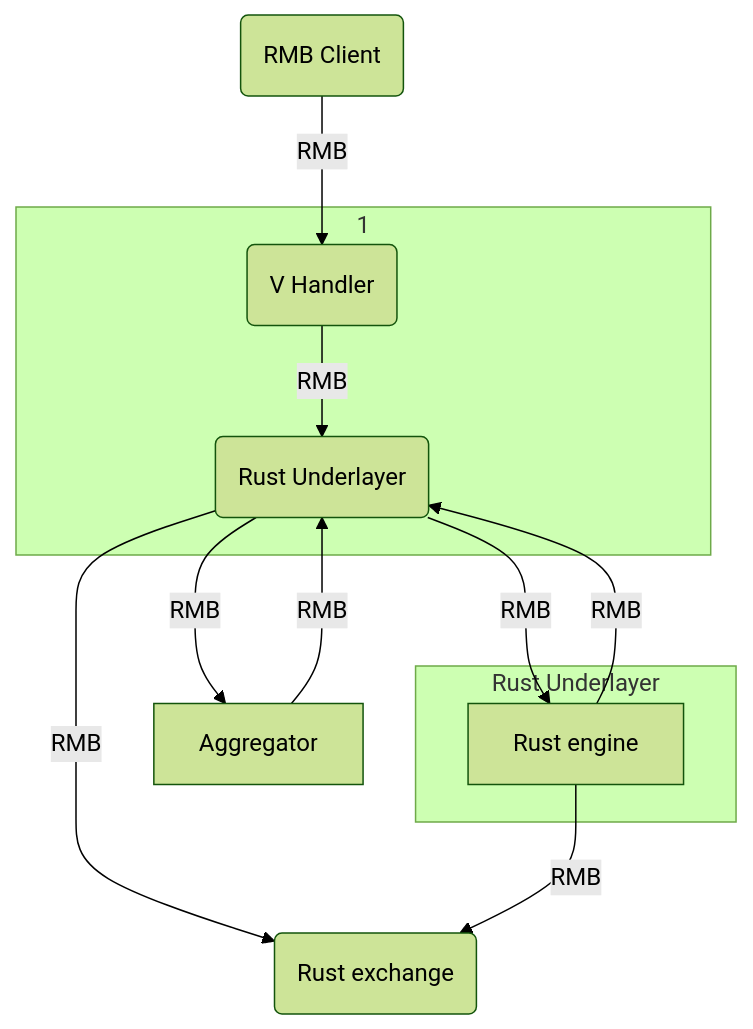
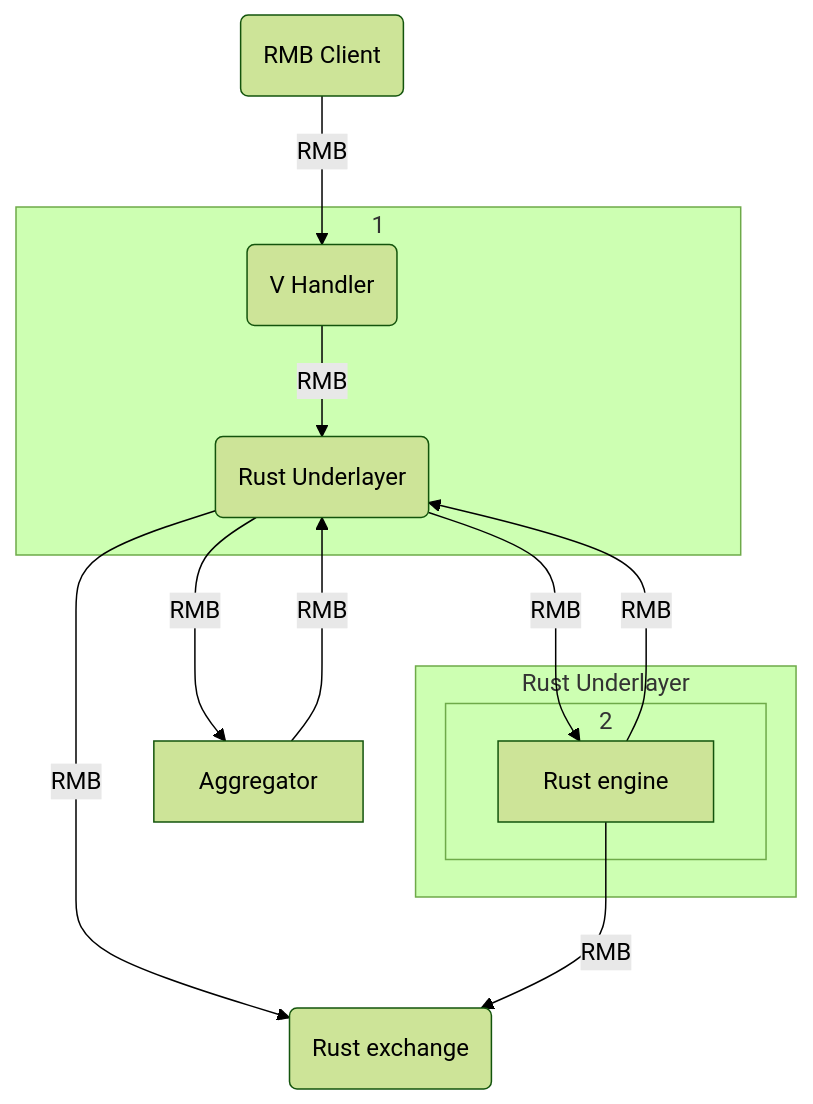
One commit to timurgordon/P2P_RMB_protocol changed the diagram in README.md. Above: the diagram before and after it, drawn with Mermaid (forest theme).

````diff
--- a/README.md
+++ b/README.md
@@ -140,15 +140,17 @@
 ```mermaid
 graph TD
     A(RMB Client) -->|RMB| B(V Handler)
     subgraph 1
     B --> |RMB| C(Rust Underlayer)
     end
     C -->|RMB| D[Aggregator]
     D -->|RMB| C
+    subgraph Rust Underlayer
+    subgraph 2
     C -->|RMB| E[Rust engine]
-    subgraph Rust Underlayer
+    end
     E --> |RMB| C
     end
     C --> |RMB| F(Rust exchange)
     E --> |RMB| F(Rust exchange)
 ```
````
